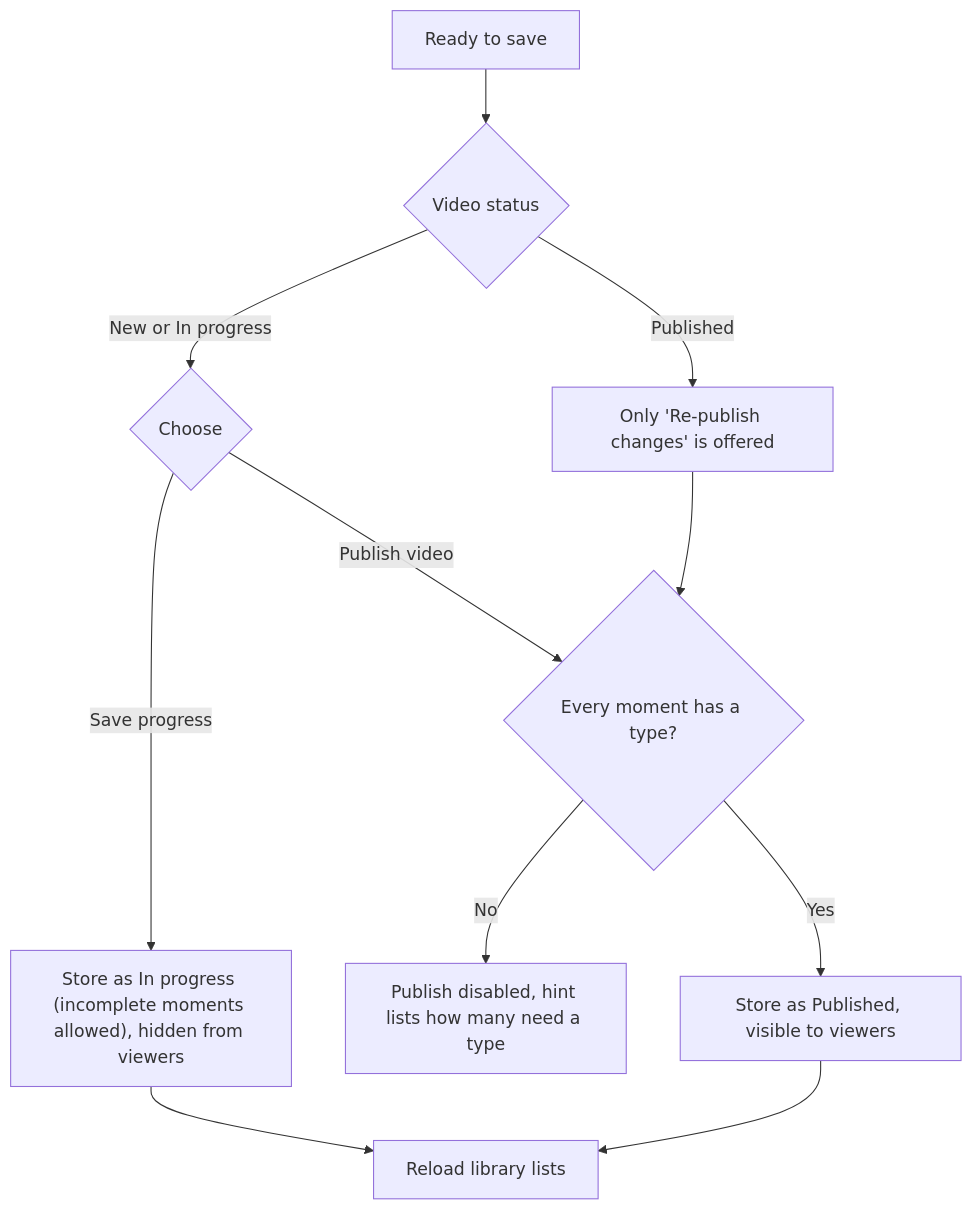
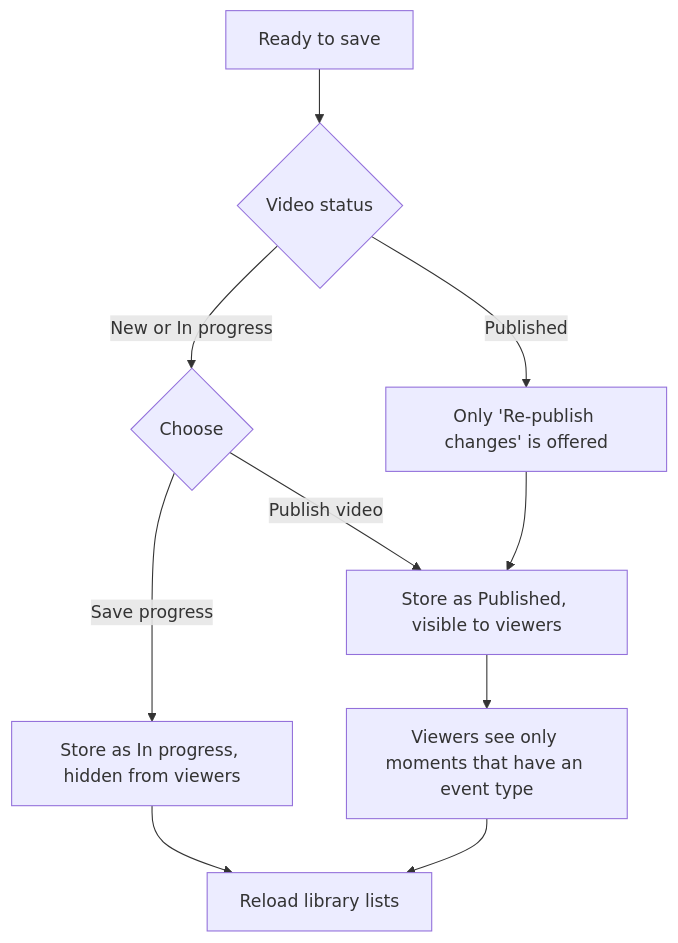
The sixth of 12 diagrams in docs/USE_CASE_FLOWS.md (LeandroBerretta/touchline-video-tagging), drawn with Mermaid before and after one commit. The commit also changed other lines of this file and 4 other files, not shown here.

````diff
--- a/docs/USE_CASE_FLOWS.md
+++ b/docs/USE_CASE_FLOWS.md
@@ -135,12 +143,11 @@
 ```mermaid
 flowchart TD
   A[Ready to save] --> B{Video status}
   B -- New or In progress --> C{Choose}
-  C -- Save progress --> D["Store as In progress (incomplete moments allowed), hidden from viewers"]
-  C -- Publish video --> E{Every moment has a type?}
-  E -- No --> E1[Publish disabled, hint lists how many need a type]
-  E -- Yes --> F[Store as Published, visible to viewers]
+  C -- Save progress --> D[Store as In progress, hidden from viewers]
+  C -- Publish video --> F[Store as Published, visible to viewers]
   B -- Published --> G[Only 'Re-publish changes' is offered]
-  G --> E
-  D & F --> H[Reload library lists]
+  G --> F
+  F --> F1[Viewers see only moments that have an event type]
+  D & F1 --> H[Reload library lists]
 ```
````
